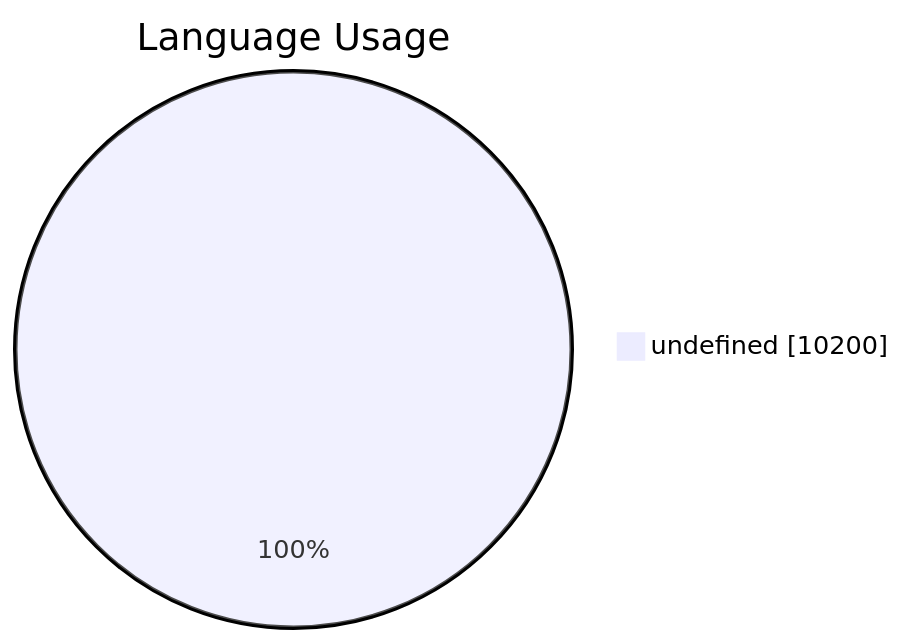
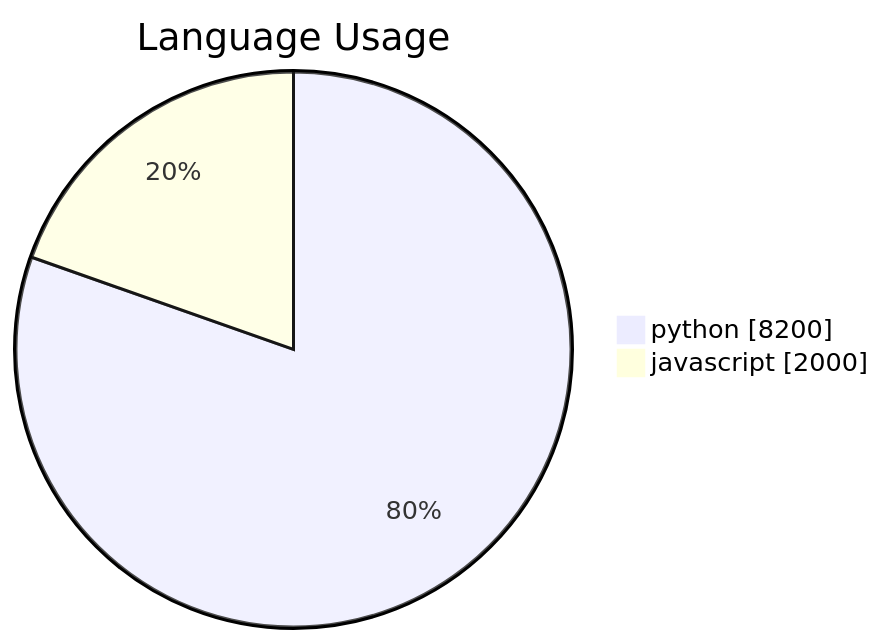
The third of 4 diagrams in __tests__/mock/enterprise-usage-summary.md (austenstone/copilot-usage), drawn with Mermaid before and after one commit. The commit also changed other lines of this file and 12 other files, not shown here.

````diff
--- a/__tests__/mock/enterprise-usage-summary.md
+++ b/__tests__/mock/enterprise-usage-summary.md
@@ -47,5 +47,6 @@
 ```mermaid
 pie showData
 title Language Usage
-    "undefined" : 10200
+    "python" : 8200
+"javascript" : 2000
 ```
````
